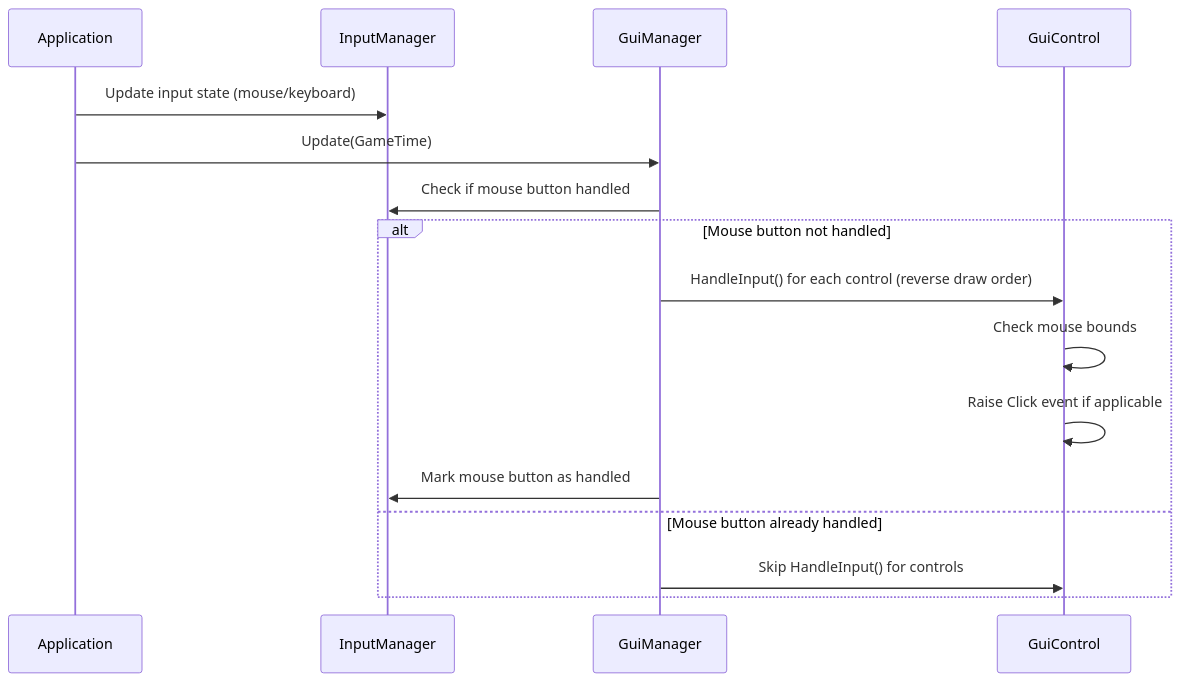
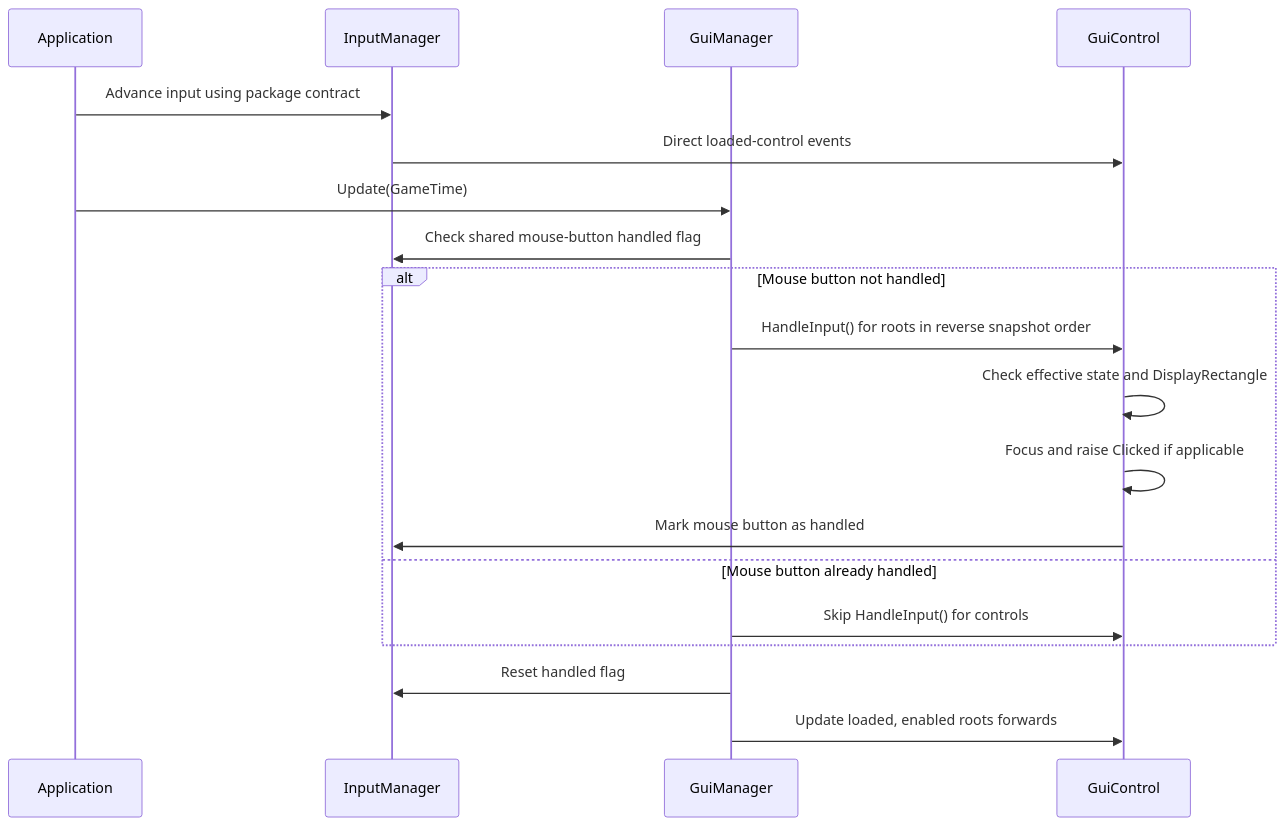
Before and after one commit to hmlendea/nucixna.gui: the seventh of 8 diagrams in ARCHITECTURE.md, drawn with Mermaid. The commit also changed other lines of this file and 53 other files, not shown here.

````diff
--- a/ARCHITECTURE.md
+++ b/ARCHITECTURE.md
@@ -257,19 +276,22 @@
 ```mermaid
 sequenceDiagram
     participant App as Application
     participant IM as InputManager
     participant GM as GuiManager
     participant C as GuiControl
 
-    App->>IM: Update input state (mouse/keyboard)
+    App->>IM: Advance input using package contract
+    IM->>C: Direct loaded-control events
     App->>GM: Update(GameTime)
-    GM->>IM: Check if mouse button handled
+    GM->>IM: Check shared mouse-button handled flag
     alt Mouse button not handled
-        GM->>C: HandleInput() for each control (reverse draw order)
-        C->>C: Check mouse bounds
-        C->>C: Raise Click event if applicable
-        GM->>IM: Mark mouse button as handled
+        GM->>C: HandleInput() for roots in reverse snapshot order
+        C->>C: Check effective state and DisplayRectangle
+        C->>C: Focus and raise Clicked if applicable
+        C->>IM: Mark mouse button as handled
     else Mouse button already handled
         GM->>C: Skip HandleInput() for controls
     end
+    GM->>IM: Reset handled flag
+    GM->>C: Update loaded, enabled roots forwards
 ```
````
